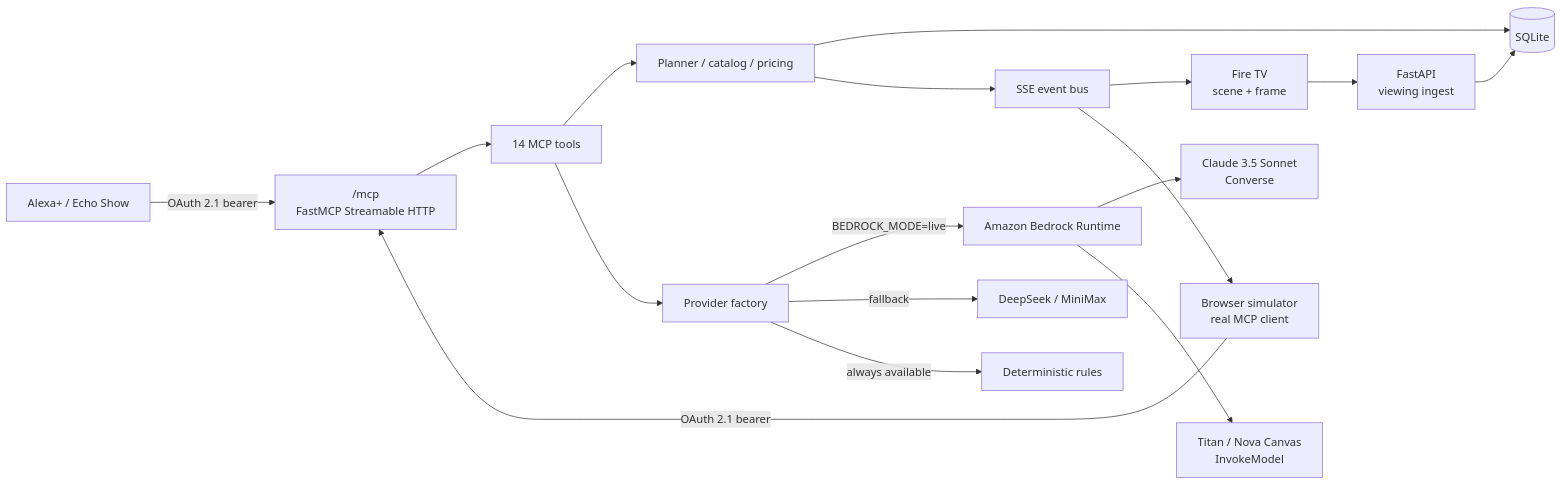
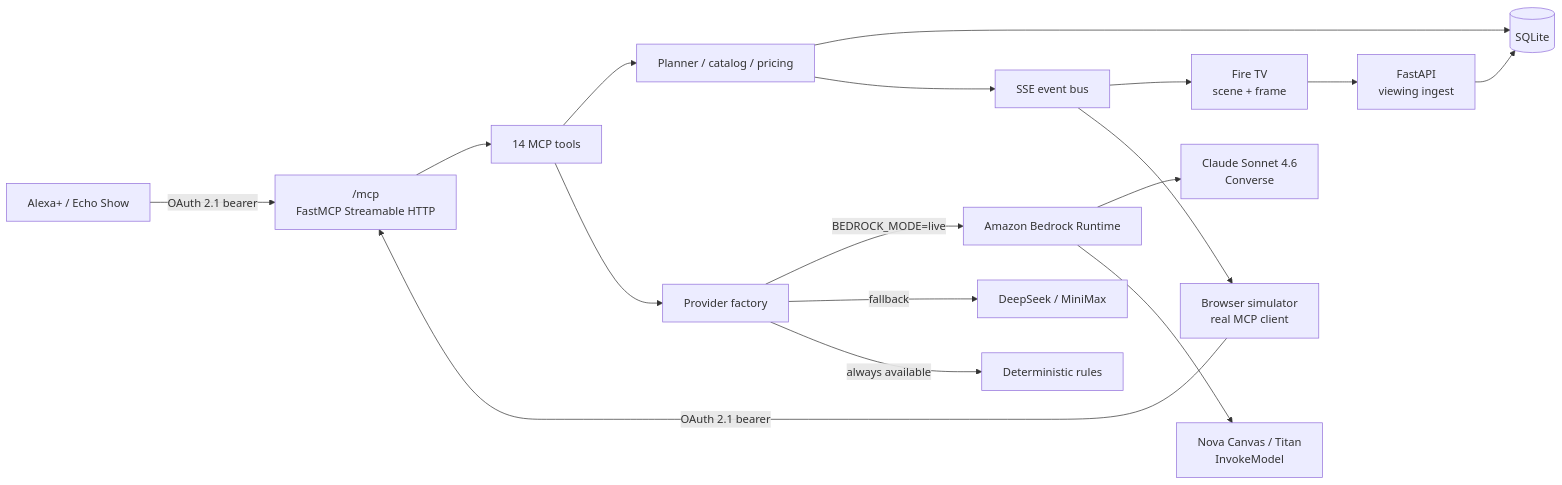
The first of 3 diagrams in docs/AWS_ARCHITECTURE_BLUEPRINT.md (svarma143-ctrl/screentostream-concierge), drawn with Mermaid before and after one commit. The commit also changed other lines of this file and 37 other files, not shown here.

````diff
--- a/docs/AWS_ARCHITECTURE_BLUEPRINT.md
+++ b/docs/AWS_ARCHITECTURE_BLUEPRINT.md
@@ -56,19 +61,19 @@
 ```mermaid
 flowchart LR
     TV["Fire TV<br/>scene + frame"] --> API["FastAPI<br/>viewing ingest"]
     Echo["Alexa+ / Echo Show"] -->|OAuth 2.1 bearer| MCP["/mcp<br/>FastMCP Streamable HTTP"]
     Web["Browser simulator<br/>real MCP client"] -->|OAuth 2.1 bearer| MCP
     API --> DB[(SQLite)]
     MCP --> TOOLS["14 MCP tools"]
     TOOLS --> PLANNER["Planner / catalog / pricing"]
     PLANNER --> DB
     TOOLS --> PROVIDERS["Provider factory"]
     PROVIDERS -->|BEDROCK_MODE=live| BEDROCK["Amazon Bedrock Runtime"]
     PROVIDERS -->|fallback| DS["DeepSeek / MiniMax"]
     PROVIDERS -->|always available| RULES["Deterministic rules"]
-    BEDROCK --> CLAUDE["Claude 3.5 Sonnet<br/>Converse"]
-    BEDROCK --> IMAGE["Titan / Nova Canvas<br/>InvokeModel"]
+    BEDROCK --> CLAUDE["Claude Sonnet 4.6<br/>Converse"]
+    BEDROCK --> IMAGE["Nova Canvas / Titan<br/>InvokeModel"]
     PLANNER --> EVENTS["SSE event bus"]
     EVENTS --> TV
     EVENTS --> Web
 ```
````
